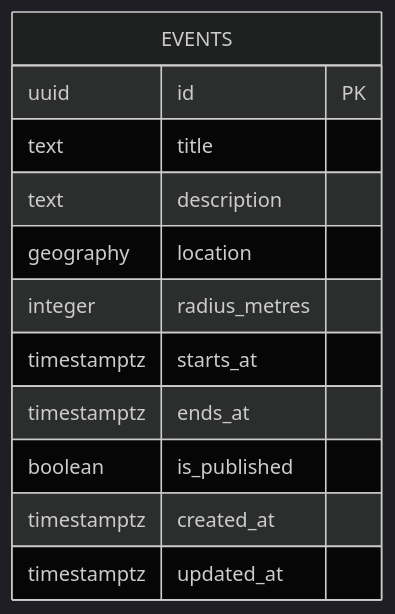
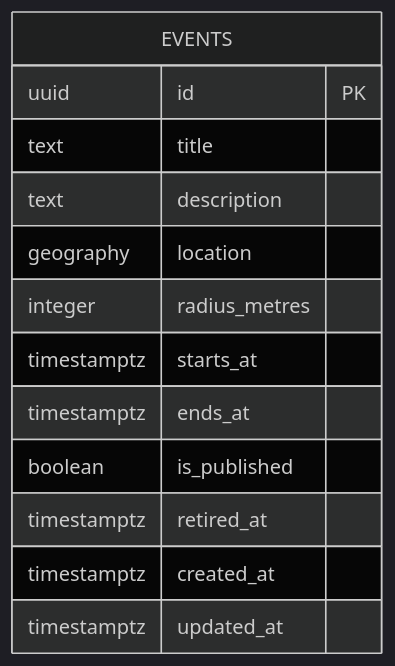
Before and after one commit to Gradient-Ascenders/Wits-World: the diagram in docs/database/event-schema.md, drawn with Mermaid (dark theme). The commit also changed other lines of this file and 3 other files, not shown here.

````diff
--- a/docs/database/event-schema.md
+++ b/docs/database/event-schema.md
@@ -14,15 +15,16 @@
 ```mermaid
 erDiagram
   EVENTS {
     uuid id PK
     text title
     text description
     geography location
     integer radius_metres
     timestamptz starts_at
     timestamptz ends_at
     boolean is_published
+    timestamptz retired_at
     timestamptz created_at
     timestamptz updated_at
   }
 ```
````
